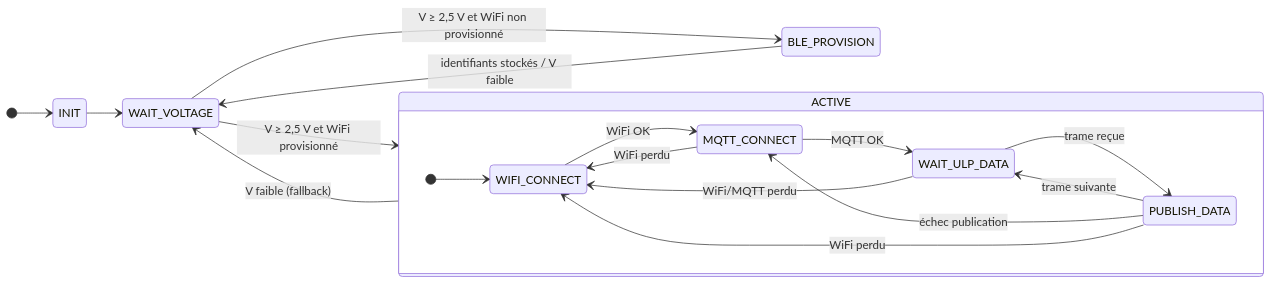
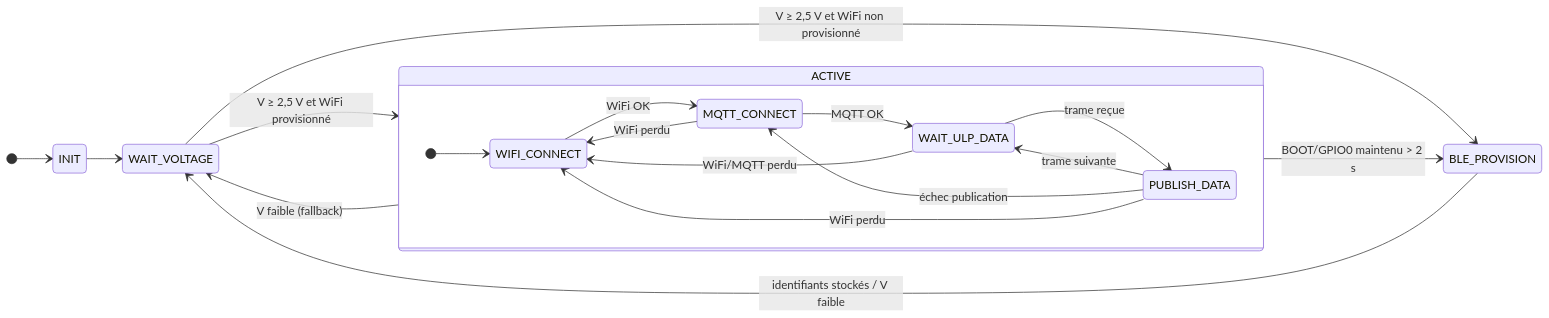
The diagram in Firmware/README.md (Konkzor/LinKey), drawn with Mermaid before and after one commit. The commit also changed other lines of this file and 1 other file, not shown here.

First line of the commit message:
Add GPIO0 manual WiFi provisioning trigger

````diff
--- a/Firmware/README.md
+++ b/Firmware/README.md
@@ -63,23 +64,24 @@
 ```mermaid
 stateDiagram-v2
     direction LR
     [*] --> INIT
     INIT --> WAIT_VOLTAGE
     WAIT_VOLTAGE --> BLE_PROVISION: V ≥ 2,5 V et WiFi non provisionné
     BLE_PROVISION --> WAIT_VOLTAGE: identifiants stockés / V faible
     WAIT_VOLTAGE --> ACTIVE: V ≥ 2,5 V et WiFi provisionné
     ACTIVE --> WAIT_VOLTAGE: V faible (fallback)
+    ACTIVE --> BLE_PROVISION: BOOT/GPIO0 maintenu > 2 s
 
     state ACTIVE {
         direction LR
         [*] --> WIFI_CONNECT
         WIFI_CONNECT --> MQTT_CONNECT: WiFi OK
         MQTT_CONNECT --> WIFI_CONNECT: WiFi perdu
         MQTT_CONNECT --> WAIT_ULP_DATA: MQTT OK
         WAIT_ULP_DATA --> WIFI_CONNECT: WiFi/MQTT perdu
         WAIT_ULP_DATA --> PUBLISH_DATA: trame reçue
         PUBLISH_DATA --> WAIT_ULP_DATA: trame suivante
         PUBLISH_DATA --> MQTT_CONNECT: échec publication
         PUBLISH_DATA --> WIFI_CONNECT: WiFi perdu
     }
 ```
````
